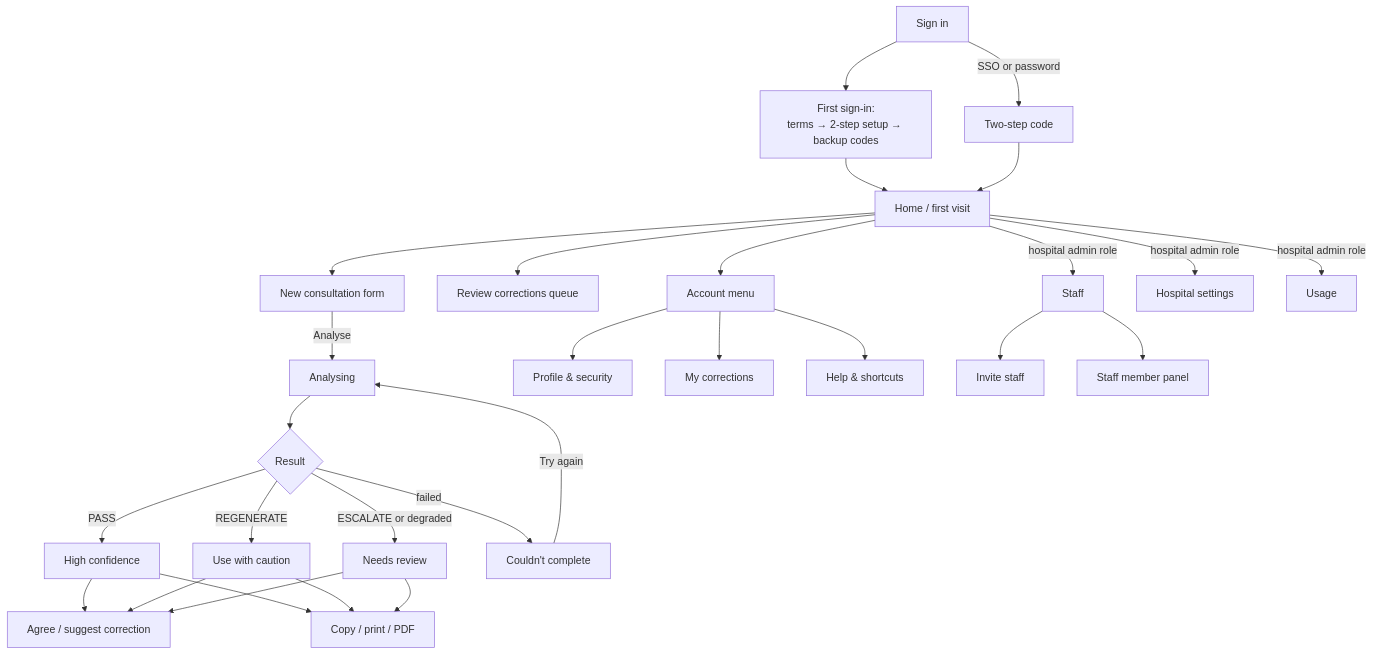
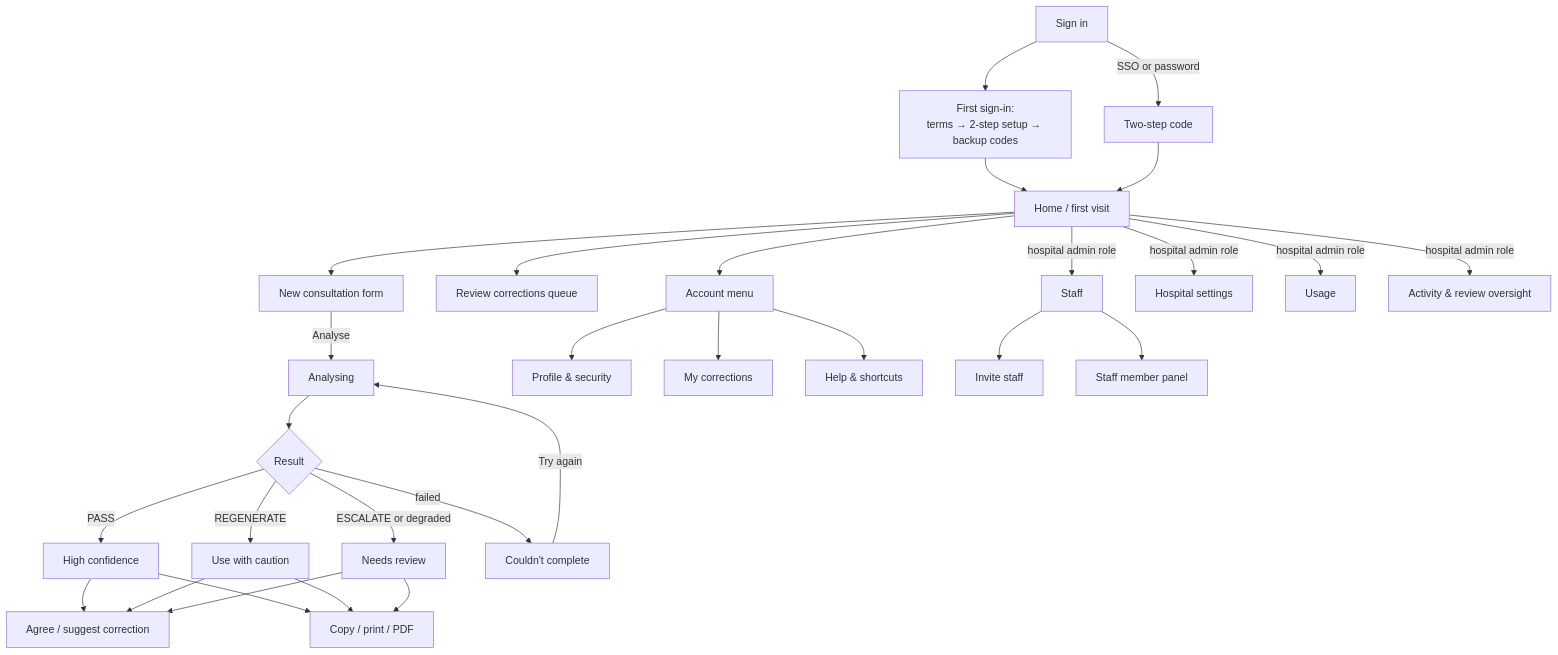
The fourth of 10 diagrams in ARCHITECTURE.md (Measured-Health/mhai-web), drawn with Mermaid before and after one commit. The commit also changed other lines of this file and 1 other file, not shown here.

Commit message:
Specify motion, hospital activity and the BHAI partnership

````diff
--- a/ARCHITECTURE.md
+++ b/ARCHITECTURE.md
@@ -186,27 +187,28 @@
 ```mermaid
 flowchart TD
     login[Sign in] -->|SSO or password| mfa[Two-step code]
     login --> first[First sign-in:<br/>terms → 2-step setup → backup codes]
     first --> home
     mfa --> home[Home / first visit]
     home --> form[New consultation form]
     form -->|Analyse| proc[Analysing]
     proc --> res{Result}
     res -->|PASS| high[High confidence]
     res -->|REGENERATE| caution[Use with caution]
     res -->|ESCALATE or degraded| review[Needs review]
     res -->|failed| failed[Couldn't complete]
     high & caution & review --> fb[Agree / suggest correction]
     high & caution & review --> exp[Copy / print / PDF]
     failed -->|Try again| proc
     home --> rq[Review corrections queue]
     home --> acct[Account menu]
     acct --> prof[Profile & security]
     acct --> mine[My corrections]
     acct --> help[Help & shortcuts]
     home -->|hospital admin role| hstaff[Staff]
     hstaff --> hinv[Invite staff]
     hstaff --> hmem[Staff member panel]
     home -->|hospital admin role| hset[Hospital settings]
     home -->|hospital admin role| huse[Usage]
+    home -->|hospital admin role| hact[Activity & review oversight]
 ```
````
